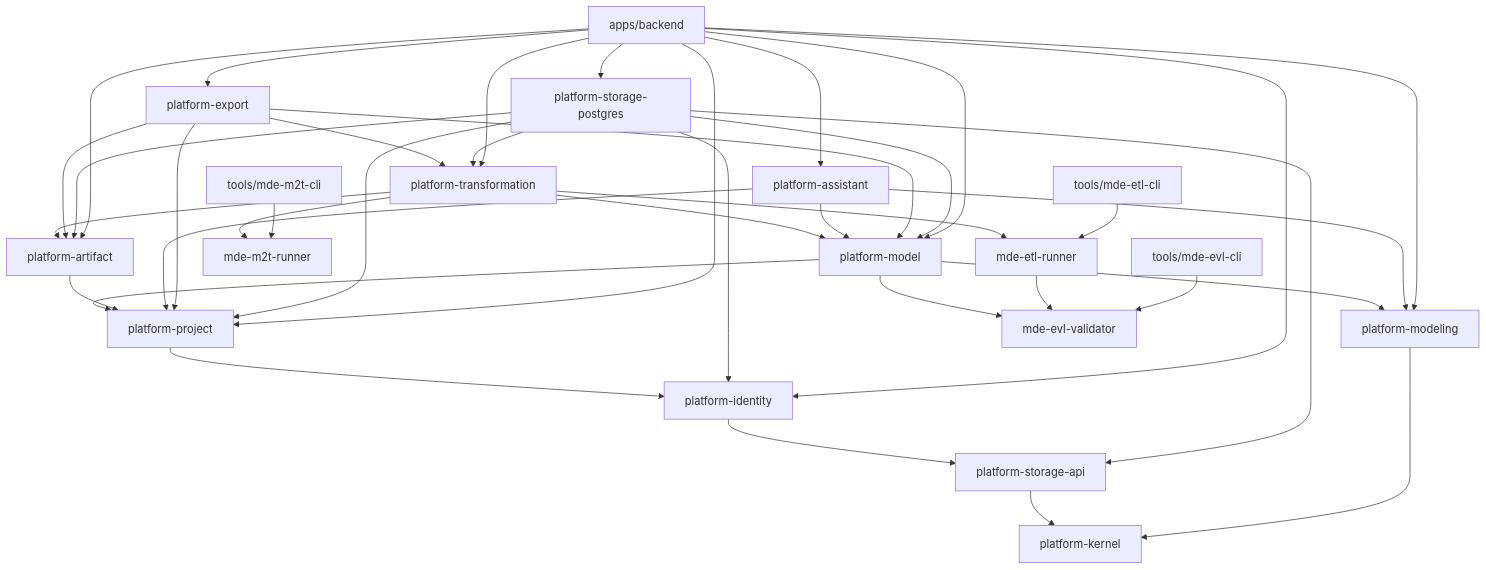
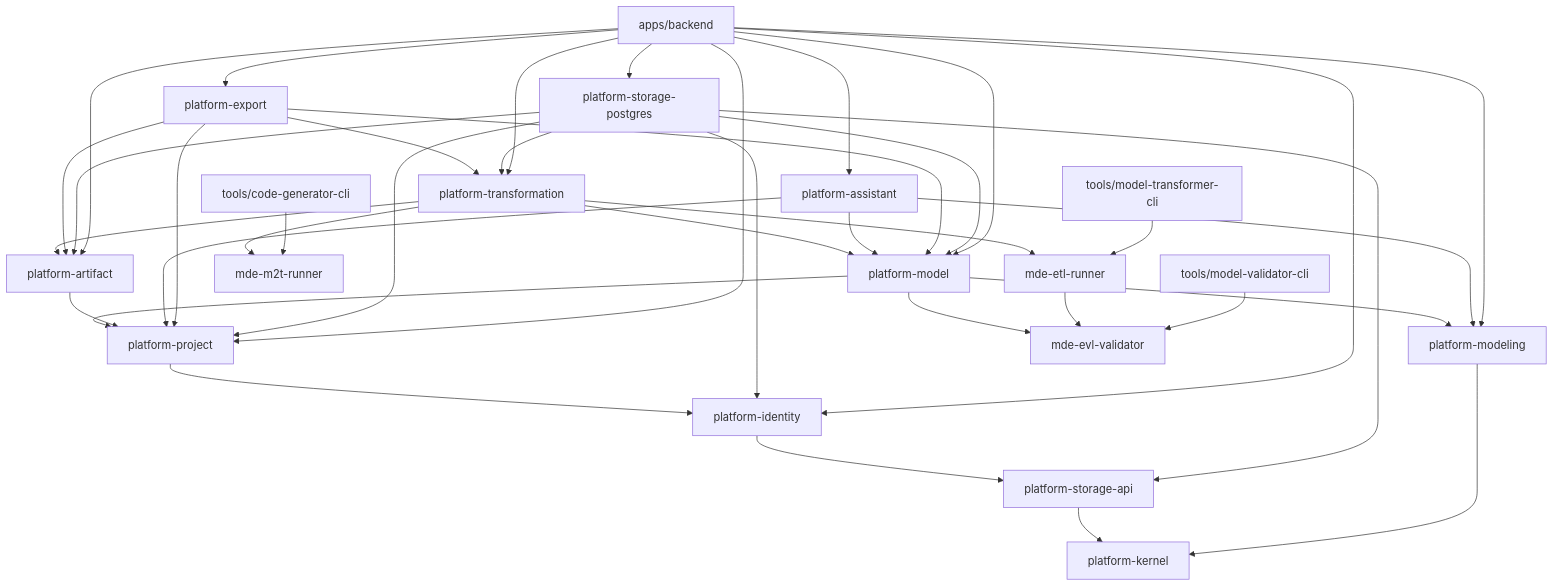
The first of 3 diagrams in docs/diagrams/05-module-dependencies.md (mehdieidi/modriss), drawn with Mermaid before and after one commit. The commit also changed 124 other files, not shown here.

Commit message:
chore(cli): rename cli tools

````diff
--- a/docs/diagrams/05-module-dependencies.md
+++ b/docs/diagrams/05-module-dependencies.md
@@ -5,63 +5,63 @@
 ```mermaid
 flowchart TB
     backend["apps/backend"]
     kernel["platform-kernel"]
     storageApi["platform-storage-api"]
     identity["platform-identity"]
     project["platform-project"]
     modeling["platform-modeling"]
     model["platform-model"]
     artifact["platform-artifact"]
     transform["platform-transformation"]
     assistant["platform-assistant"]
     export["platform-export"]
     storage["platform-storage-postgres"]
     etl["mde-etl-runner"]
     evl["mde-evl-validator"]
     m2t["mde-m2t-runner"]
-    etlcli["tools/mde-etl-cli"]
-    evlcli["tools/mde-evl-cli"]
-    m2tcli["tools/mde-m2t-cli"]
+    modelTransformationCli["tools/model-transformer-cli"]
+    modelValidationCli["tools/model-validator-cli"]
+    codeGeneratorCli["tools/code-generator-cli"]
 
     storageApi --> kernel
     identity --> storageApi
     project --> identity
     modeling --> kernel
     model --> project
     model --> modeling
     model --> evl
     artifact --> project
     transform --> model
     transform --> artifact
     transform --> etl
     transform --> m2t
     assistant --> project
     assistant --> model
     assistant --> modeling
     export --> project
     export --> model
     export --> artifact
     export --> transform
 
     storage --> storageApi
     storage --> identity
     storage --> project
     storage --> model
     storage --> artifact
     storage --> transform
 
     backend --> storage
     backend --> identity
     backend --> project
     backend --> model
     backend --> modeling
     backend --> artifact
     backend --> transform
     backend --> assistant
     backend --> export
 
     etl --> evl
-    etlcli --> etl
-    evlcli --> evl
-    m2tcli --> m2t
+    modelTransformationCli --> etl
+    modelValidationCli --> evl
+    codeGeneratorCli --> m2t
 ```
````
